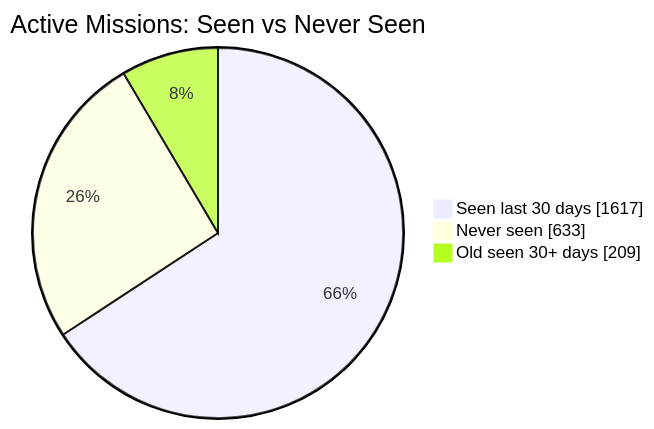
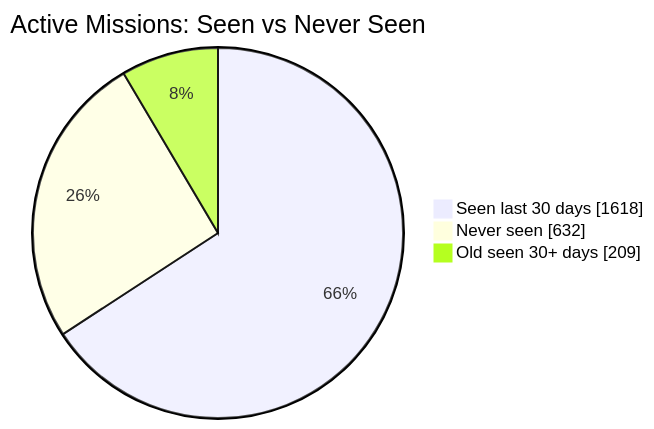
One commit to MeldkamerspelGameTeam/active-missions changed the first of 2 diagrams in README.md. Above: the diagram before and after it, drawn with Mermaid. The commit also changed other lines of this file and 2 other files, not shown here.

````diff
--- a/README.md
+++ b/README.md
@@ -34,7 +34,7 @@
 ```mermaid
 pie showData
     title Active Missions: Seen vs Never Seen
-    "Seen last 30 days" : 1617
-    "Never seen" : 633
+    "Seen last 30 days" : 1618
+    "Never seen" : 632
     "Old seen 30+ days" : 209
 ```
````
